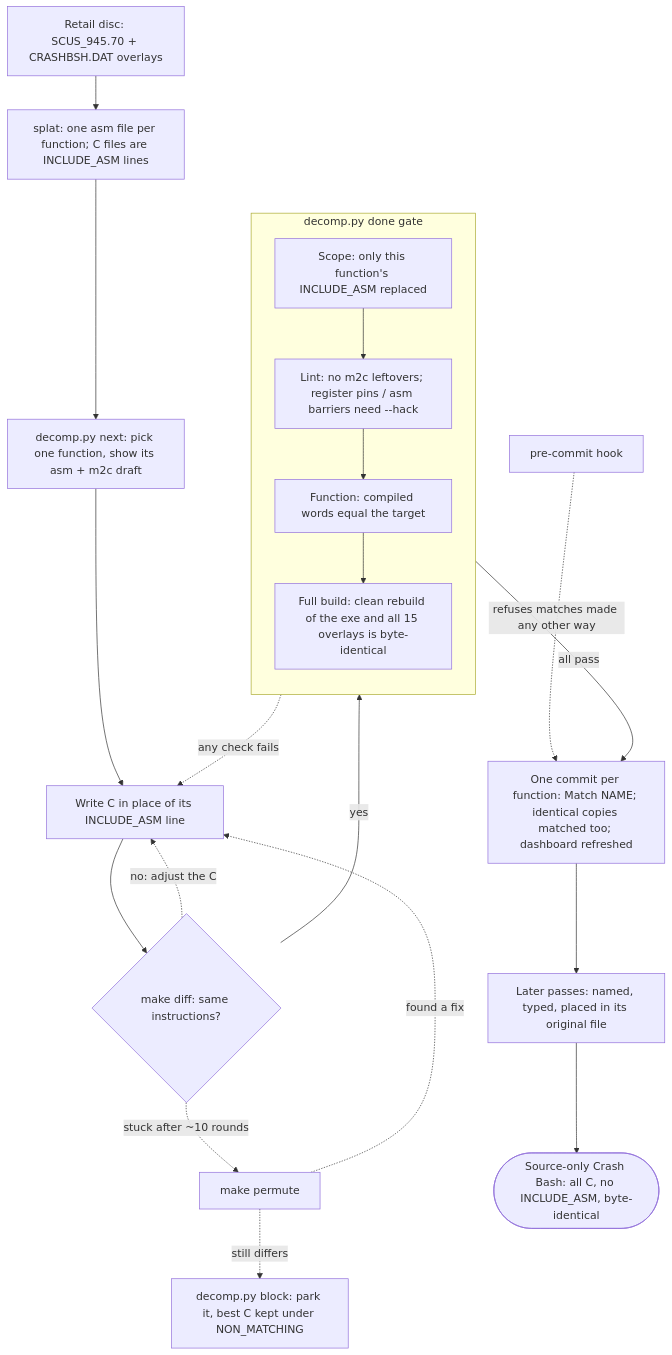
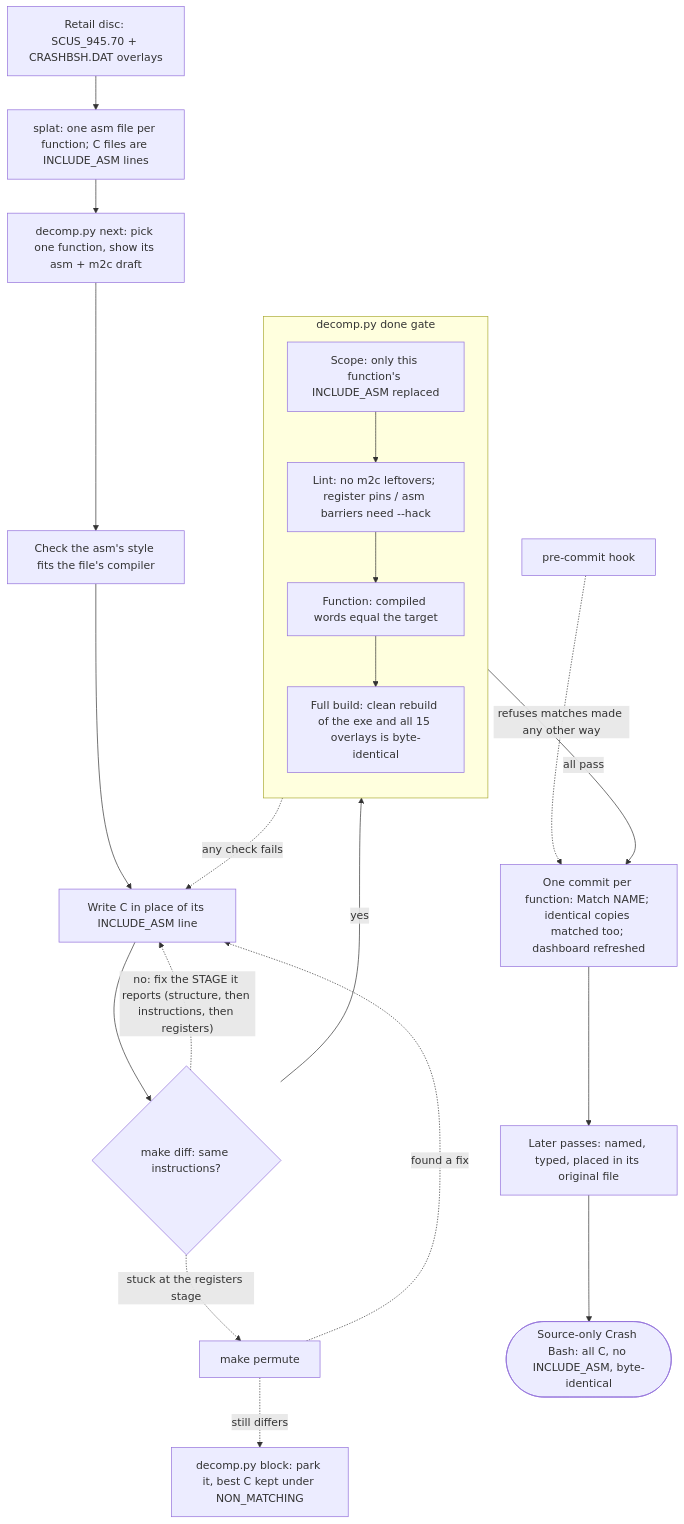
Before and after one commit to jake-r-r-w/crash_bash_decomp: the diagram in README.md, drawn with Mermaid. The commit also changed other lines of this file and 8 other files, not shown here.

````diff
--- a/README.md
+++ b/README.md
@@ -69,25 +69,26 @@
 ```mermaid
 flowchart TD
     disc["Retail disc: SCUS_945.70 + CRASHBSH.DAT overlays"] --> split["splat: one asm file per function; C files are INCLUDE_ASM lines"]
     split --> next["decomp.py next: pick one function, show its asm + m2c draft"]
-    next --> write["Write C in place of its INCLUDE_ASM line"]
+    next --> unit["Check the asm's style fits the file's compiler"]
+    unit --> write["Write C in place of its INCLUDE_ASM line"]
     write --> diff{"make diff: same instructions?"}
-    diff -. "no: adjust the C" .-> write
-    diff -. "stuck after ~10 rounds" .-> permute["make permute"]
+    diff -. "no: fix the STAGE it reports (structure, then instructions, then registers)" .-> write
+    diff -. "stuck at the registers stage" .-> permute["make permute"]
     permute -. "found a fix" .-> write
     permute -. "still differs" .-> block["decomp.py block: park it, best C kept under NON_MATCHING"]
     diff -- "yes" --> g1
 
     subgraph gate ["decomp.py done gate"]
         direction TB
         g1["Scope: only this function's INCLUDE_ASM replaced"] --> g2["Lint: no m2c leftovers; register pins / asm barriers need --hack"]
         g2 --> g3["Function: compiled words equal the target"]
         g3 --> g4["Full build: clean rebuild of the exe and all 15 overlays is byte-identical"]
     end
 
     gate -. "any check fails" .-> write
     g4 -- "all pass" --> commit["One commit per function: Match NAME; identical copies matched too; dashboard refreshed"]
     hook["pre-commit hook"] -. "refuses matches made any other way" .-> commit
     commit --> quality["Later passes: named, typed, placed in its original file"]
     quality --> goal(["Source-only Crash Bash: all C, no INCLUDE_ASM, byte-identical"])
 ```
````
